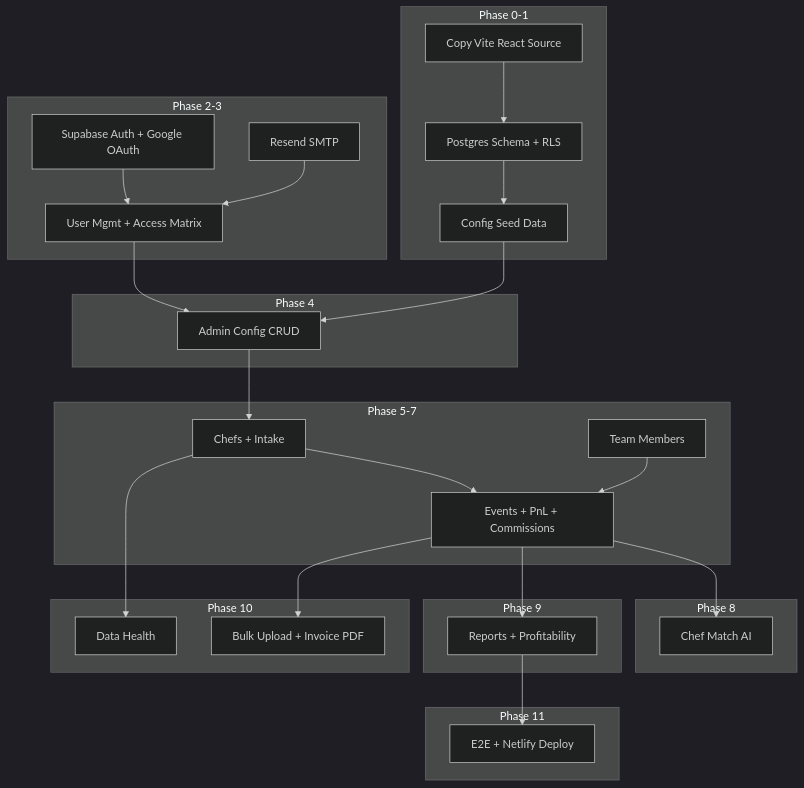
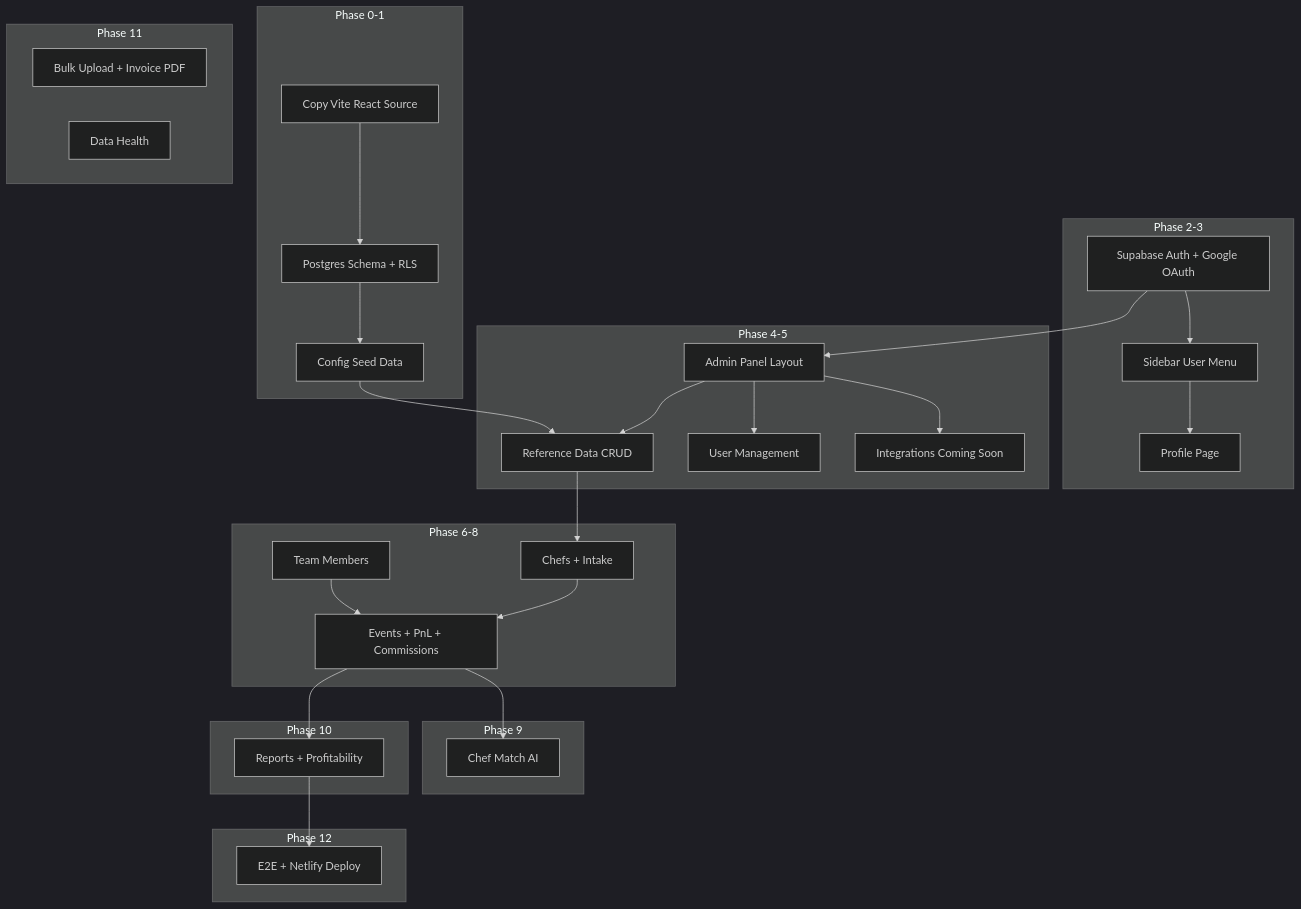
The diagram in plan.md (Gradito23/Gradito-Intelligence), drawn with Mermaid (dark theme) before and after one commit. The commit also changed other lines of this file and 29 other files, not shown here.

````diff
--- a/plan.md
+++ b/plan.md
@@ -100,55 +101,58 @@
 ```mermaid
 flowchart TB
   subgraph foundation [Phase 0-1]
     Copy[Copy Vite React Source]
     Schema[Postgres Schema + RLS]
     Seed[Config Seed Data]
     Copy --> Schema --> Seed
   end
 
-  subgraph auth [Phase 2-3]
+  subgraph identity [Phase 2-3]
     Auth[Supabase Auth + Google OAuth]
-    Resend[Resend SMTP]
-    Users[User Mgmt + Access Matrix]
-    Auth --> Users
-    Resend --> Users
+    UserMenu[Sidebar User Menu]
+    Profile[Profile Page]
+    Auth --> UserMenu --> Profile
   end
 
-  subgraph config [Phase 4]
-    ConfigCRUD[Admin Config CRUD]
+  subgraph adminPanel [Phase 4-5]
+    AdminShell[Admin Panel Layout]
+    RefData[Reference Data CRUD]
+    UserMgmt[User Management]
+    Integrations[Integrations Coming Soon]
+    AdminShell --> RefData
+    AdminShell --> UserMgmt
+    AdminShell --> Integrations
   end
 
-  subgraph core [Phase 5-7]
+  subgraph core [Phase 6-8]
     Chefs[Chefs + Intake]
     Team[Team Members]
     Events[Events + PnL + Commissions]
     Chefs --> Events
     Team --> Events
   end
 
-  subgraph ai [Phase 8]
+  subgraph ai [Phase 9]
     Match[Chef Match AI]
   end
 
-  subgraph analytics [Phase 9]
+  subgraph analytics [Phase 10]
     Reports[Reports + Profitability]
   end
 
-  subgraph ops [Phase 10]
+  subgraph ops [Phase 11]
     Bulk[Bulk Upload + Invoice PDF]
     Health[Data Health]
   end
 
-  subgraph polish [Phase 11]
+  subgraph polish [Phase 12]
     E2E[E2E + Netlify Deploy]
   end
 
-  Seed --> ConfigCRUD
-  Users --> ConfigCRUD
-  ConfigCRUD --> Chefs
+  Seed --> RefData
+  Auth --> AdminShell
+  RefData --> Chefs
   Events --> Match
   Events --> Reports
-  Chefs --> Health
-  Events --> Bulk
   Reports --> E2E
 ```
````
